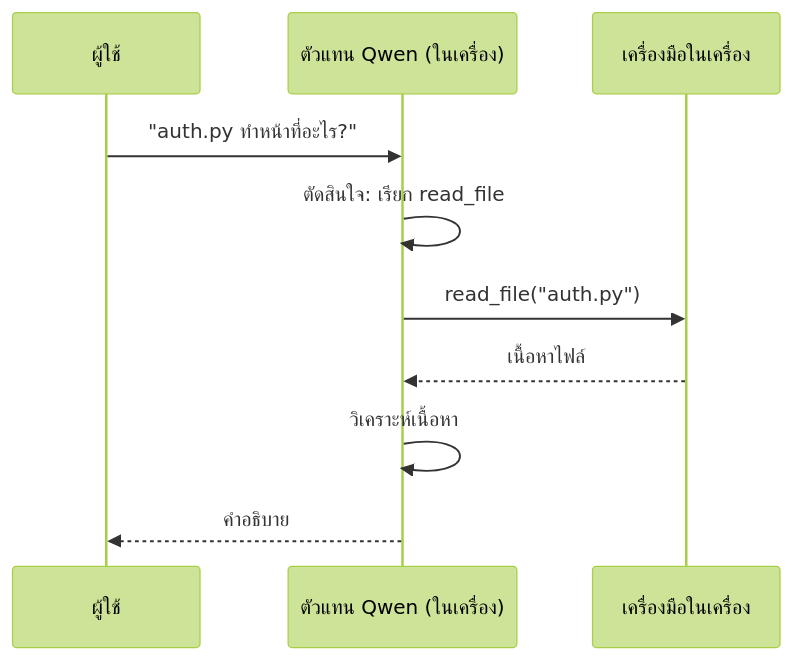
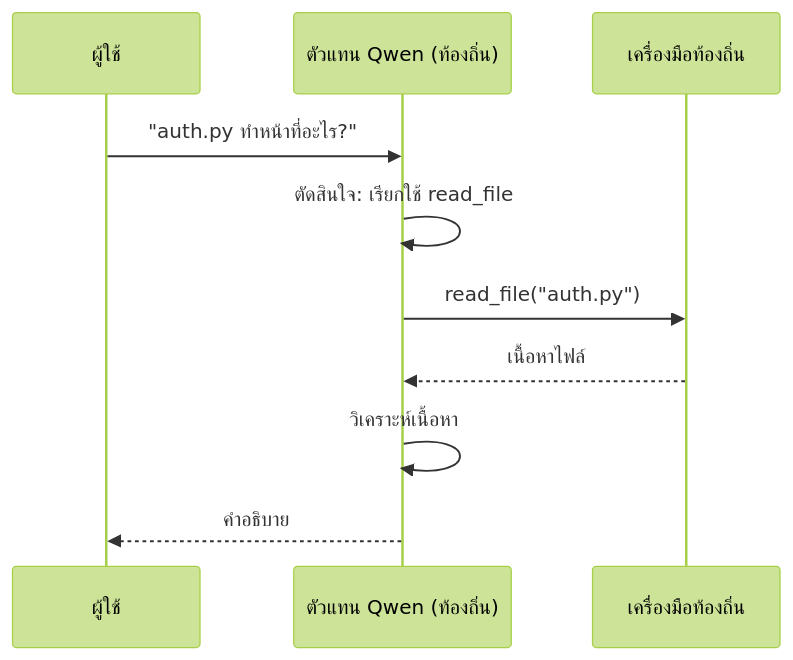
Before and after one commit to microsoft/ai-agents-for-beginners: the second of 4 diagrams in translations/th/17-creating-local-ai-agents/README.md, drawn with Mermaid (forest theme). The commit also changed other lines of this file and 46 other files, not shown here.

````diff
--- a/translations/th/17-creating-local-ai-agents/README.md
+++ b/translations/th/17-creating-local-ai-agents/README.md
@@ -106,12 +106,12 @@
 ```mermaid
 sequenceDiagram
     participant U as ผู้ใช้
-    participant A as ตัวแทน Qwen (ในเครื่อง)
-    participant T as เครื่องมือในเครื่อง
+    participant A as ตัวแทน Qwen (ท้องถิ่น)
+    participant T as เครื่องมือท้องถิ่น
     U->>A: "auth.py ทำหน้าที่อะไร?"
-    A->>A: ตัดสินใจ: เรียก read_file
+    A->>A: ตัดสินใจ: เรียกใช้ read_file
     A->>T: read_file("auth.py")
     T-->>A: เนื้อหาไฟล์
     A->>A: วิเคราะห์เนื้อหา
     A-->>U: คำอธิบาย
 ```
````
